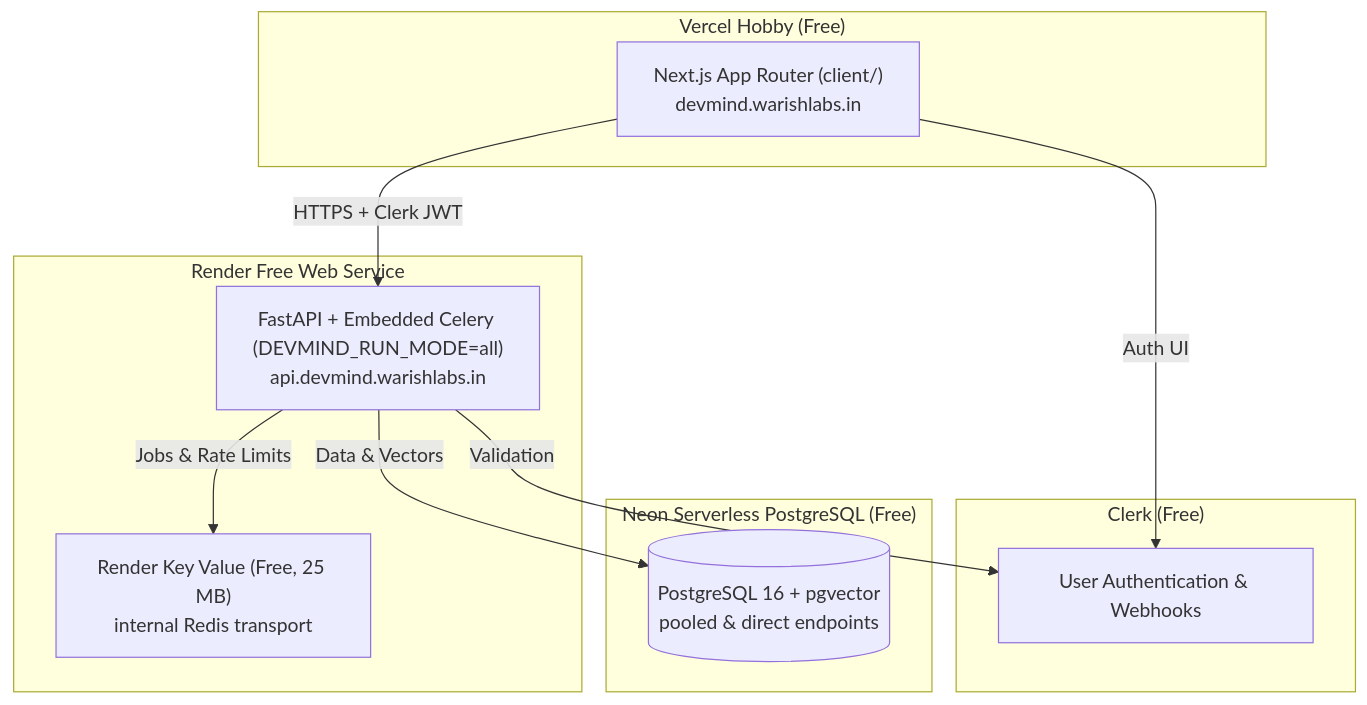
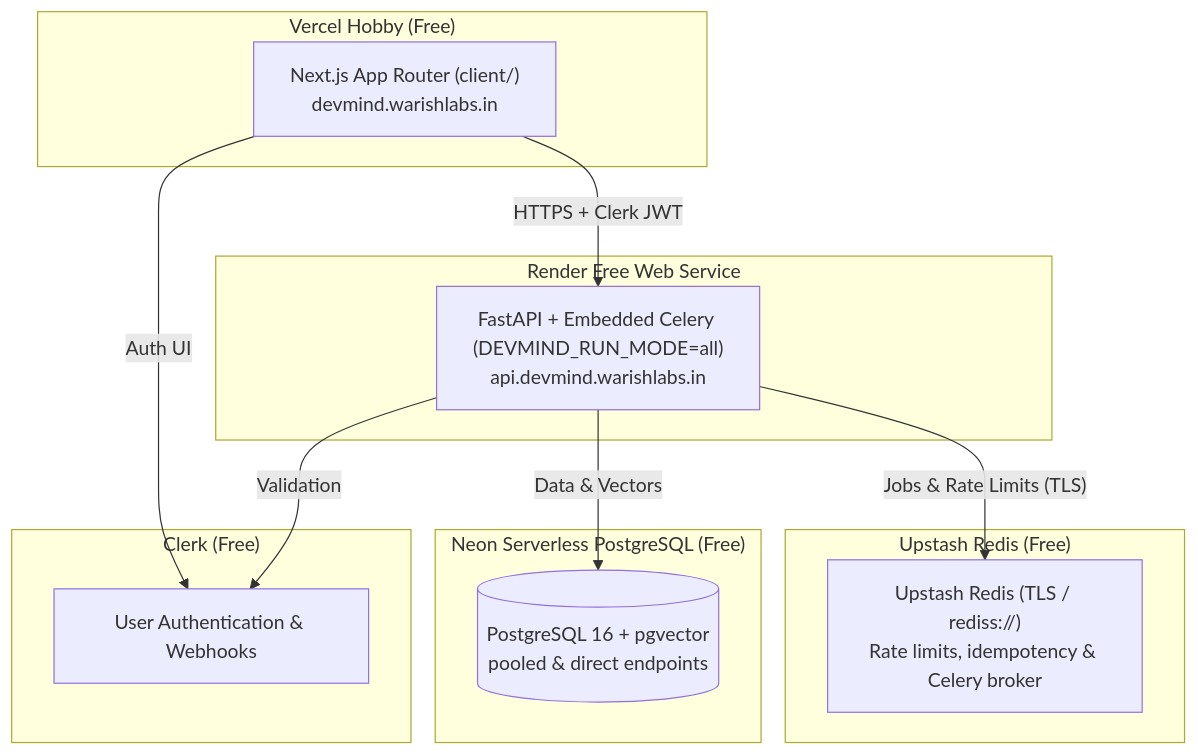
Before and after one commit to Warish-Labs/DevMind: the diagram in docs/runbooks/deploy-render-vercel.md, drawn with Mermaid. The commit also changed other lines of this file and 85 other files, not shown here.

````diff
--- a/docs/runbooks/deploy-render-vercel.md
+++ b/docs/runbooks/deploy-render-vercel.md
@@ -11,25 +11,28 @@
 ```mermaid
 flowchart TD
   subgraph Vercel["Vercel Hobby (Free)"]
     client["Next.js App Router (client/)\ndevmind.warishlabs.in"]
   end
 
   subgraph Render["Render Free Web Service"]
     api["FastAPI + Embedded Celery (DEVMIND_RUN_MODE=all)\napi.devmind.warishlabs.in"]
-    kv["Render Key Value (Free, 25 MB)\ninternal Redis transport"]
+  end
+
+  subgraph Upstash["Upstash Redis (Free)"]
+    kv["Upstash Redis (TLS / rediss://)\nRate limits, idempotency & Celery broker"]
   end
 
   subgraph Neon["Neon Serverless PostgreSQL (Free)"]
     db[("PostgreSQL 16 + pgvector\npooled & direct endpoints")]
   end
 
   subgraph Auth["Clerk (Free)"]
     clerk["User Authentication & Webhooks"]
   end
 
   client -->|"HTTPS + Clerk JWT"| api
   client -->|"Auth UI"| clerk
   api -->|"Validation"| clerk
-  api -->|"Jobs & Rate Limits"| kv
+  api -->|"Jobs & Rate Limits (TLS)"| kv
   api -->|"Data & Vectors"| db
 ```
````
